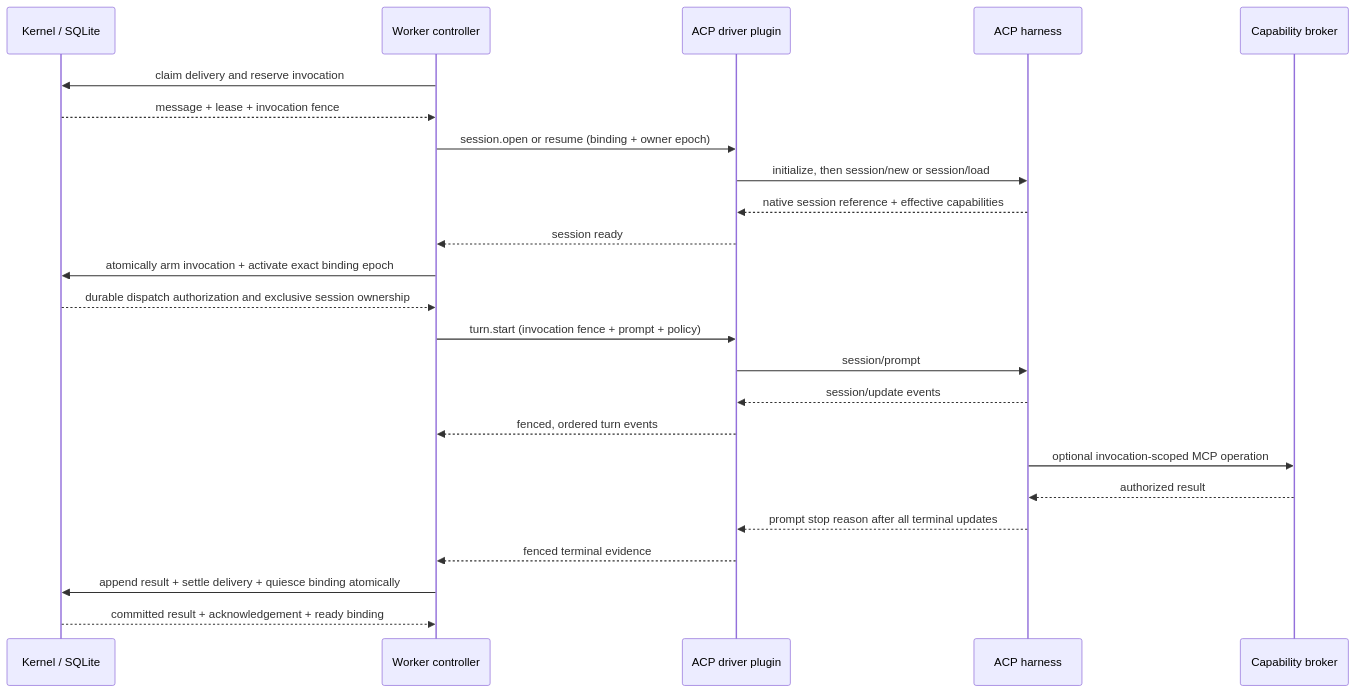
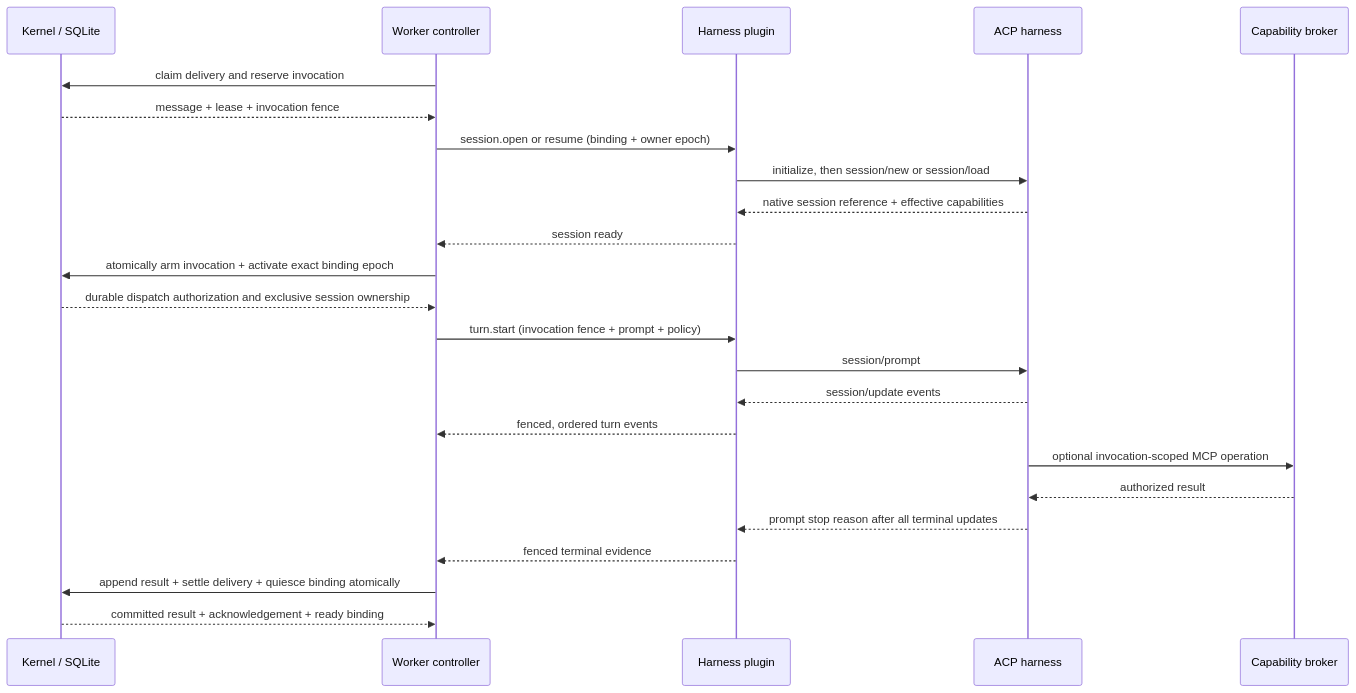
Before and after one commit to ngalluzzo/fleetd: the third of 6 diagrams in docs/HARNESS_EXECUTION.md, drawn with Mermaid. The commit also changed other lines of this file and 26 other files, not shown here.

````diff
--- a/docs/HARNESS_EXECUTION.md
+++ b/docs/HARNESS_EXECUTION.md
@@ -296,27 +300,27 @@
 ```mermaid
 sequenceDiagram
     participant K as Kernel / SQLite
     participant C as Worker controller
-    participant P as ACP driver plugin
+    participant P as Harness plugin
     participant A as ACP harness
     participant B as Capability broker
 
     C->>K: claim delivery and reserve invocation
     K-->>C: message + lease + invocation fence
     C->>P: session.open or resume (binding + owner epoch)
     P->>A: initialize, then session/new or session/load
     A-->>P: native session reference + effective capabilities
     P-->>C: session ready
     C->>K: atomically arm invocation + activate exact binding epoch
     K-->>C: durable dispatch authorization and exclusive session ownership
     C->>P: turn.start (invocation fence + prompt + policy)
     P->>A: session/prompt
     A-->>P: session/update events
     P-->>C: fenced, ordered turn events
     A->>B: optional invocation-scoped MCP operation
     B-->>A: authorized result
     A-->>P: prompt stop reason after all terminal updates
     P-->>C: fenced terminal evidence
     C->>K: append result + settle delivery + quiesce binding atomically
     K-->>C: committed result + acknowledgement + ready binding
 ```
````
